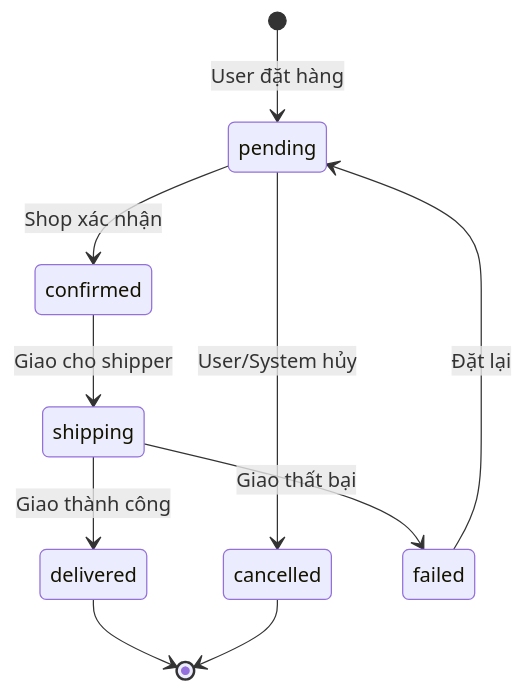
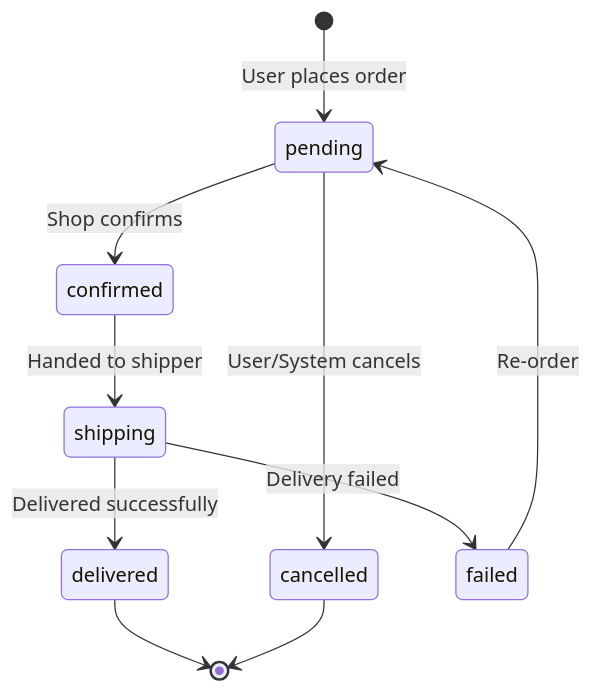
Before and after one commit to dangsangn/E-Commerce-NodeJS: the second of 3 diagrams in src/features/order/ORDER_CHECKOUT_GUIDE.md, drawn with Mermaid. The commit also changed other lines of this file and 19 other files, not shown here.

````diff
--- a/src/features/order/ORDER_CHECKOUT_GUIDE.md
+++ b/src/features/order/ORDER_CHECKOUT_GUIDE.md
@@ -71,12 +71,12 @@
 ```mermaid
 stateDiagram-v2
-    [*] --> pending: User đặt hàng
-    pending --> confirmed: Shop xác nhận
-    pending --> cancelled: User/System hủy
-    confirmed --> shipping: Giao cho shipper
-    shipping --> delivered: Giao thành công
-    shipping --> failed: Giao thất bại
+    [*] --> pending: User places order
+    pending --> confirmed: Shop confirms
+    pending --> cancelled: User/System cancels
+    confirmed --> shipping: Handed to shipper
+    shipping --> delivered: Delivered successfully
+    shipping --> failed: Delivery failed
     delivered --> [*]
     cancelled --> [*]
-    failed --> pending: Đặt lại
+    failed --> pending: Re-order
 ```
````
